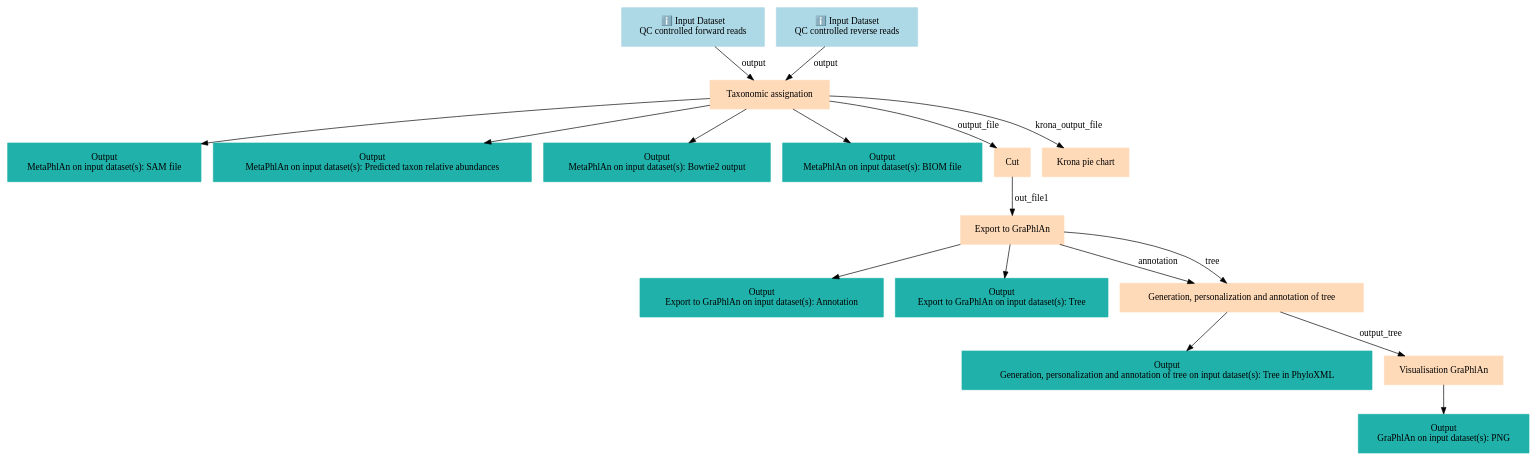
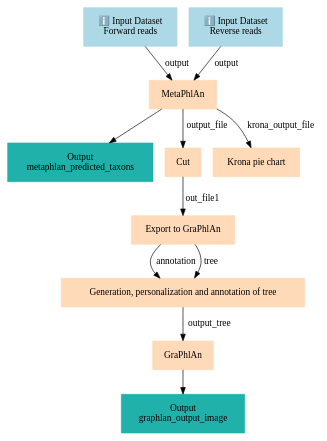
One commit to galaxyproject/training-material changed the diagram in api/workflows/microbiome/metatranscriptomics-short/workflow2-community-profile/graph.dot. Above: the diagram before and after it, drawn with Graphviz. The commit also changed 10098 other files, not shown here.

```diff
--- a/api/workflows/microbiome/metatranscriptomics-short/workflow2-community-profile/graph.dot
+++ b/api/workflows/microbiome/metatranscriptomics-short/workflow2-community-profile/graph.dot
@@ -1,36 +1,24 @@
 digraph main {
   node [fontname="Atkinson Hyperlegible", shape=box, color=white,style=filled,color=peachpuff,margin="0.2,0.2"];
   edge [fontname="Atkinson Hyperlegible"];
-  0[color=lightblue,label="ℹ️ Input Dataset\nQC controlled forward reads"]
-  1[color=lightblue,label="ℹ️ Input Dataset\nQC controlled reverse reads"]
-  2[label="Taxonomic assignation"]
+  0[color=lightblue,label="ℹ️ Input Dataset\nForward reads"]
+  1[color=lightblue,label="ℹ️ Input Dataset\nReverse reads"]
+  2[label="MetaPhlAn"]
   0 -> 2 [label="output"]
   1 -> 2 [label="output"]
-  kb3e3198d394e4aebba6c9e73bfe8d049[color=lightseagreen,label="Output\nMetaPhlAn on input dataset(s): SAM file"]
-  2 -> kb3e3198d394e4aebba6c9e73bfe8d049
-  ka4ecdc94d012413fa9cb6f3e9ee70d5b[color=lightseagreen,label="Output\nMetaPhlAn on input dataset(s): Predicted taxon relative abundances"]
-  2 -> ka4ecdc94d012413fa9cb6f3e9ee70d5b
-  k30a9e6928d3145bd924681ddead3ba03[color=lightseagreen,label="Output\nMetaPhlAn on input dataset(s): Bowtie2 output"]
-  2 -> k30a9e6928d3145bd924681ddead3ba03
-  k2465a9aba28e4c58b647b6792f77ddf2[color=lightseagreen,label="Output\nMetaPhlAn on input dataset(s): BIOM file"]
-  2 -> k2465a9aba28e4c58b647b6792f77ddf2
+  kb13521dbf5e74bf3b7fa673d13fc2911[color=lightseagreen,label="Output\nmetaphlan_predicted_taxons"]
+  2 -> kb13521dbf5e74bf3b7fa673d13fc2911
   3[label="Cut"]
   2 -> 3 [label="output_file"]
   4[label="Krona pie chart"]
   2 -> 4 [label="krona_output_file"]
   5[label="Export to GraPhlAn"]
   3 -> 5 [label="out_file1"]
-  kf578de2e6edd4ee09bc49371d6fd957f[color=lightseagreen,label="Output\nExport to GraPhlAn on input dataset(s): Annotation"]
-  5 -> kf578de2e6edd4ee09bc49371d6fd957f
-  k4e9cfae0ee7b434784db5a3e24688e50[color=lightseagreen,label="Output\nExport to GraPhlAn on input dataset(s): Tree"]
-  5 -> k4e9cfae0ee7b434784db5a3e24688e50
   6[label="Generation, personalization and annotation of tree"]
   5 -> 6 [label="annotation"]
   5 -> 6 [label="tree"]
-  kedf4ecafdddd43a3ba4ad683671c1815[color=lightseagreen,label="Output\nGeneration, personalization and annotation of tree on input dataset(s): Tree in PhyloXML"]
-  6 -> kedf4ecafdddd43a3ba4ad683671c1815
-  7[label="Visualisation GraPhlAn"]
+  7[label="GraPhlAn"]
   6 -> 7 [label="output_tree"]
-  kb304fe87de7e48d287749c52d2395fa4[color=lightseagreen,label="Output\nGraPhlAn on input dataset(s): PNG"]
-  7 -> kb304fe87de7e48d287749c52d2395fa4
+  k21fca66fdce0496f994fdc8e855e0c8f[color=lightseagreen,label="Output\ngraphlan_output_image"]
+  7 -> k21fca66fdce0496f994fdc8e855e0c8f
 }
```
